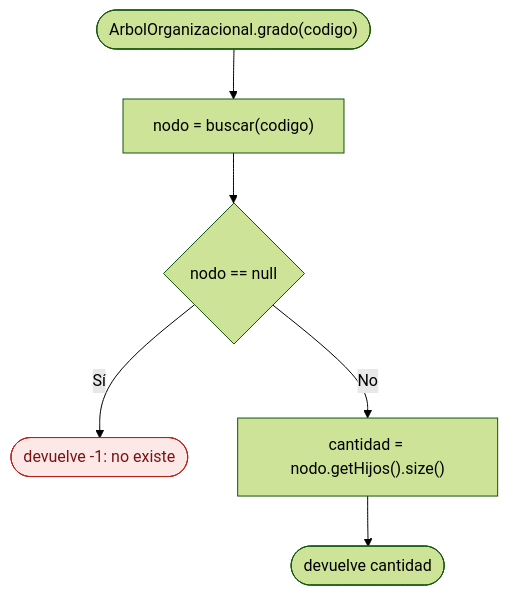
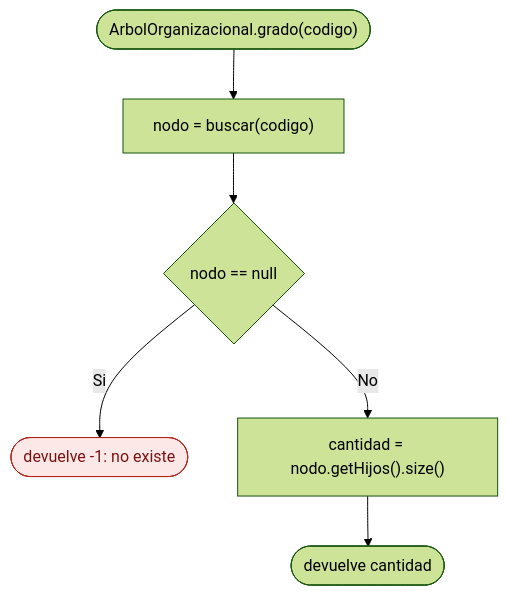
One commit to Damienq7w/APE3-Arboles-Integrado changed the first of 3 diagrams in docs/diagramas-flujo/flujo_grado_nivel.md. Above: the diagram before and after it, drawn with Mermaid (forest theme). The commit also changed other lines of this file and 1 other file, not shown here.

````diff
--- a/docs/diagramas-flujo/flujo_grado_nivel.md
+++ b/docs/diagramas-flujo/flujo_grado_nivel.md
@@ -28,10 +28,10 @@
 ```mermaid
 flowchart TD
     classDef fallo fill:#fde8e8,stroke:#b42318,color:#7a1212
     A(["ArbolOrganizacional.grado(codigo)"]) --> B["nodo = buscar(codigo)"]
     B --> C{"nodo == null"}
-    C -- Sí --> X(["devuelve -1: no existe"])
+    C -- Si --> X(["devuelve -1: no existe"])
     C -- No --> D["cantidad = nodo.getHijos().size()"]
     D --> E(["devuelve cantidad"])
     class X fallo
 ```
````
